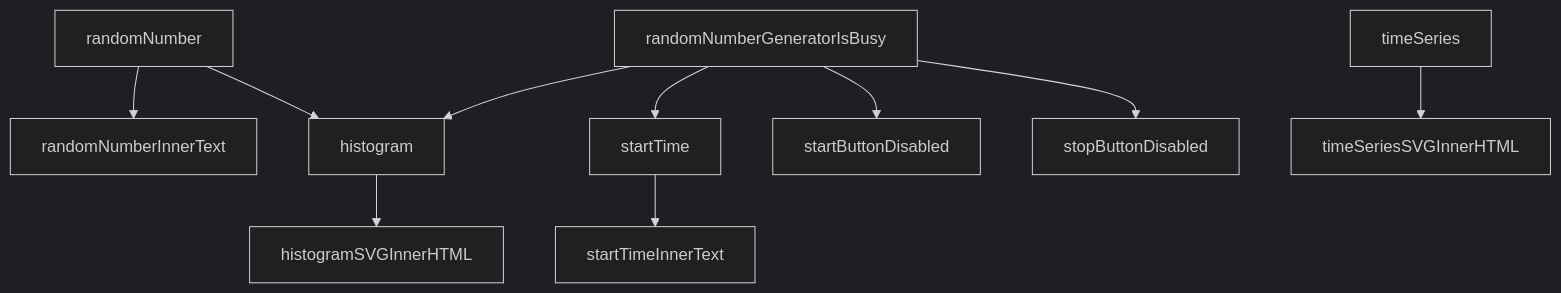
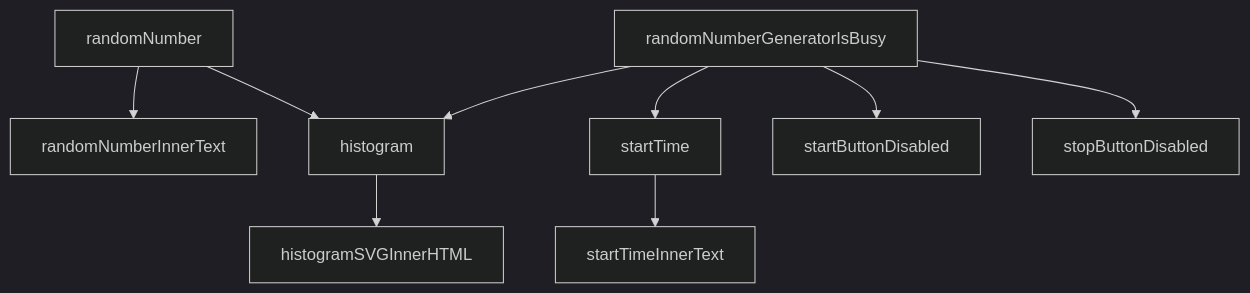
Before and after one commit to KaoruTaketani/DAQ-JS: the diagram in README.md, drawn with Mermaid (dark theme).

Commit message:
comment out time series svg from graph

````diff
--- a/README.md
+++ b/README.md
@@ -62,16 +62,16 @@
 ```mermaid
 graph TD;
     histogram-->histogramSVGInnerHTML;
     %%httpServer-->elementValues;
     %%httpServer-->webSocketPathnames;
     randomNumberGeneratorIsBusy-->histogram;
     randomNumber-->randomNumberInnerText;
     randomNumber-->histogram;
     %%randomNumber-->timeSeries;
     %%randomNumberGeneratorIsBusy-->timeSeries;
     randomNumberGeneratorIsBusy-->startTime;
     randomNumberGeneratorIsBusy-->startButtonDisabled;
     randomNumberGeneratorIsBusy-->stopButtonDisabled;
     startTime-->startTimeInnerText;
-    timeSeries-->timeSeriesSVGInnerHTML;
+    %%timeSeries-->timeSeriesSVGInnerHTML;
 ```
````
